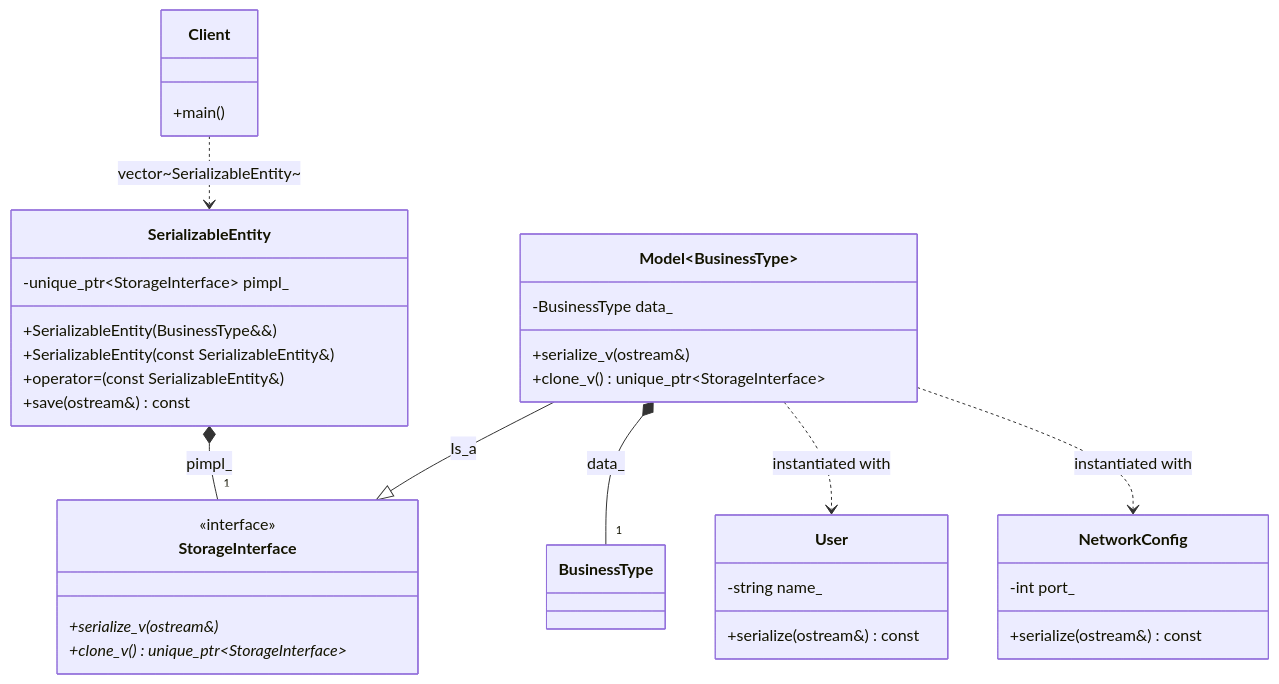
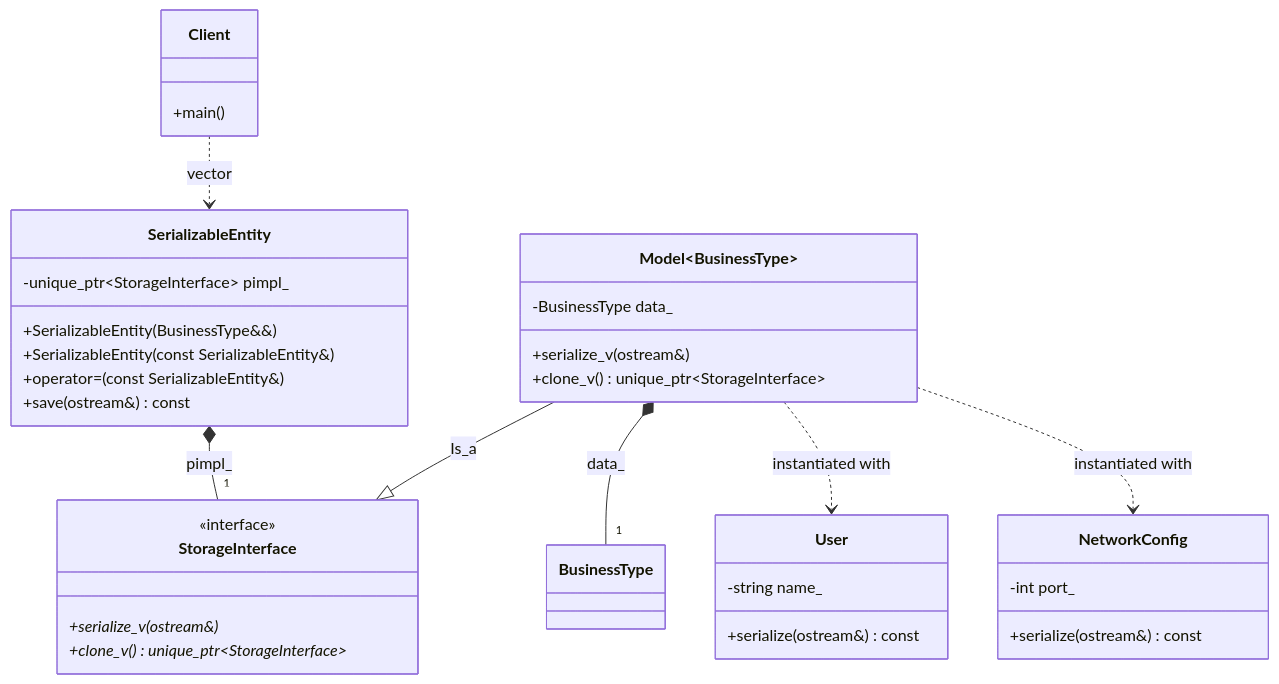
The diagram in 37_TypeErasure/01_NonIntrusiveSerialization/diagram.md (MarioGalindoQ/Modern-CPP-Design-Patterns), drawn with Mermaid before and after one commit.

Commit message:
Improve UML

````diff
--- a/37_TypeErasure/01_NonIntrusiveSerialization/diagram.md
+++ b/37_TypeErasure/01_NonIntrusiveSerialization/diagram.md
@@ -3,55 +3,55 @@
 ```mermaid
 classDiagram
    class SerializableEntity {
       -unique_ptr~StorageInterface~ pimpl_
       +SerializableEntity(BusinessType&&)
       +SerializableEntity(const SerializableEntity&)
       +operator=(const SerializableEntity&)
       +save(ostream&) const
    }
 
    class StorageInterface {
       <<interface>>
       +serialize_v(ostream&)*
       +clone_v()* unique_ptr~StorageInterface~
    }
 
    class Model~BusinessType~ {
       -BusinessType data_
       +serialize_v(ostream&)
       +clone_v() unique_ptr~StorageInterface~
    }
 
    class User {
       -string name_
       +serialize(ostream&) const
    }
 
    class NetworkConfig {
       -int port_
       +serialize(ostream&) const
    }
 
    class Client {
       +main()
    }
 
    %% Relationships using your symbology reference:
 
    %% The Wrapper owns the internal StorageInterface
    SerializableEntity *-- "1" StorageInterface : pimpl_
 
    %% The Model implements the StorageInterface (Inheritance)
    Model~BusinessType~ --|> StorageInterface : Is_a
 
    %% The Model owns the actual business data
    Model~BusinessType~ *-- "1" BusinessType : data_
 
    %% Business classes are independent (No inheritance)
    %% They are used by the Model template
    Model~BusinessType~ ..> User : instantiated with
    Model~BusinessType~ ..> NetworkConfig : instantiated with
 
    %% Client interacts with the Wrapper
-   Client ..> SerializableEntity : vector~SerializableEntity~
+   Client ..> SerializableEntity : vector<SerializableEntity>
 ```
````
